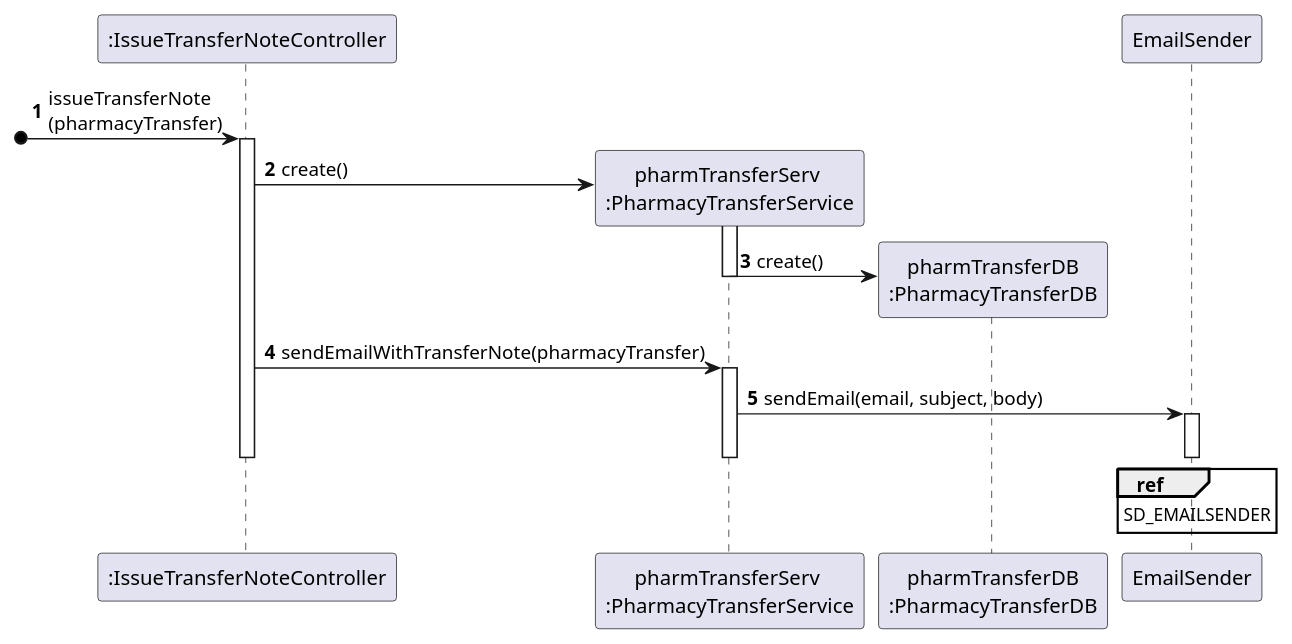
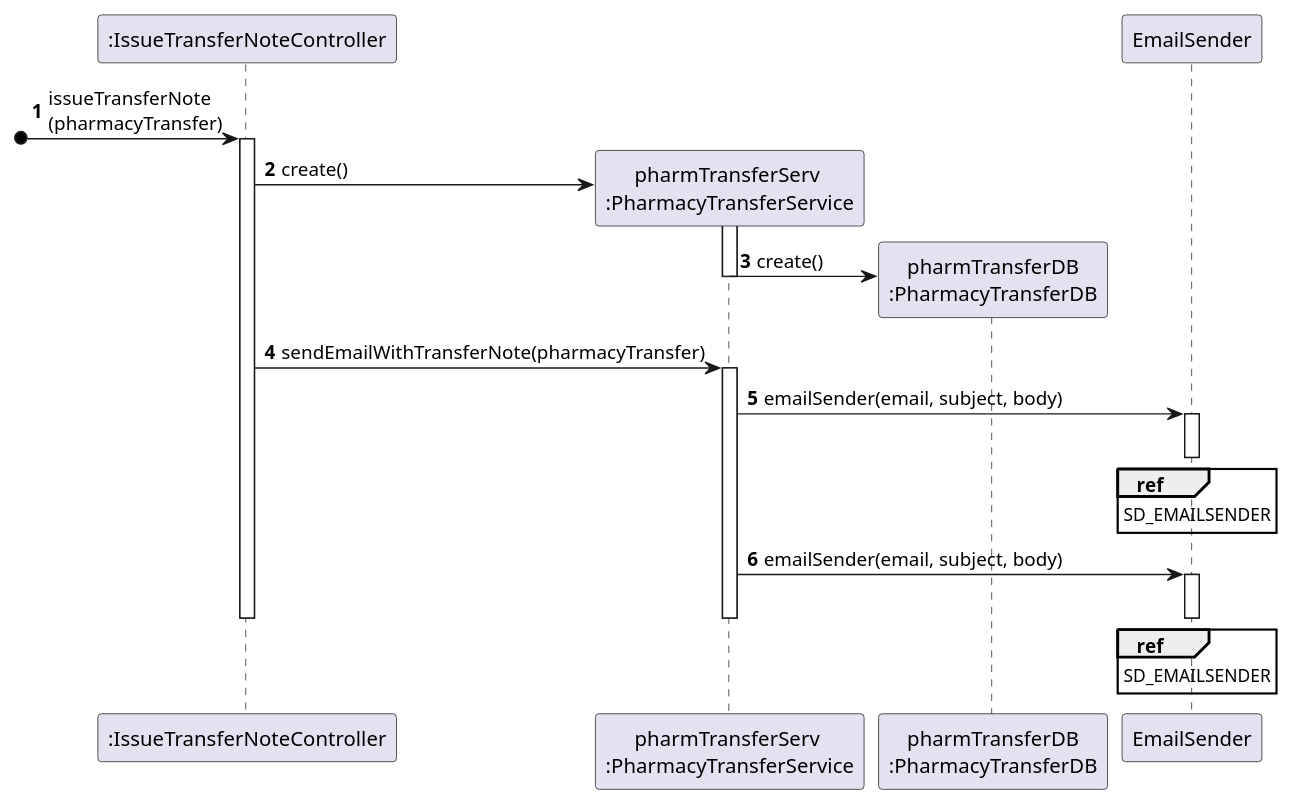
The diagram in docs/Iteration 2/Pharmacy Management/US202_IssueTransferNote/US202_SD.puml (tiagoavcosta25/LAPR3), drawn with PlantUML before and after one commit. The commit also changed 9 other files, not shown here.

```diff
--- a/docs/Iteration 2/Pharmacy Management/US202_IssueTransferNote/US202_SD.puml
+++ b/docs/Iteration 2/Pharmacy Management/US202_IssueTransferNote/US202_SD.puml
@@ -1,26 +1,32 @@
 @startuml
 autonumber
 participant ":IssueTransferNoteController" as CTRL
 participant "pharmTransferServ \n:PharmacyTransferService" as PTS
 participant "pharmTransferDB\n:PharmacyTransferDB" as PTDB
 participant "EmailSender" as E
 
 [o-> CTRL : issueTransferNote\n(pharmacyTransfer)
 activate CTRL
 CTRL -> PTS** : create()
 activate PTS
 PTS -> PTDB** : create()
 deactivate PTS
 
 CTRL -> PTS : sendEmailWithTransferNote(pharmacyTransfer)
 activate PTS
-PTS -> E : sendEmail(email, subject, body)
+PTS -> E : emailSender(email, subject, body)
+activate E
+ref over E
+SD_EMAILSENDER
+end ref
+deactivate E
+PTS -> E : emailSender(email, subject, body)
 activate E
 ref over E
 SD_EMAILSENDER
 end ref
 deactivate E
 deactivate PTS
 deactivate CTRL
 
 @enduml
```
